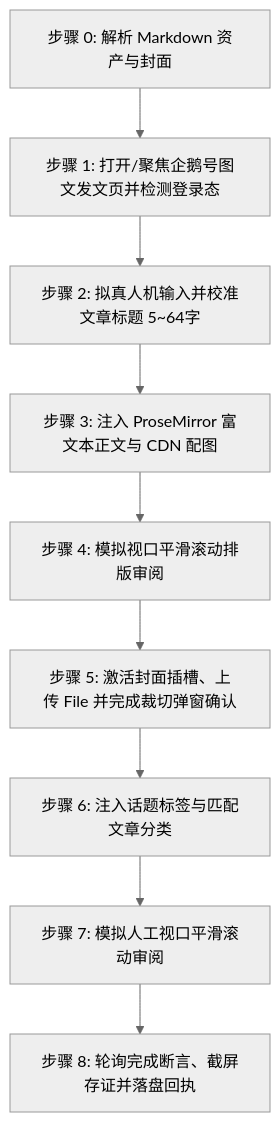
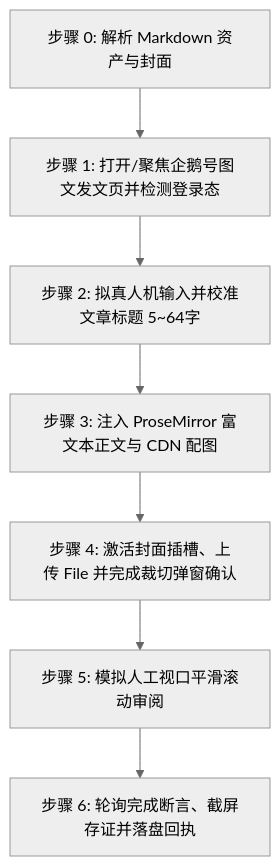
Before and after one commit to undsky/doudou-publish-skills: the diagram in skills/doudou-qiehao/SKILL.md, drawn with Mermaid (neutral theme). The commit also changed other lines of this file and 25 other files, not shown here.

````diff
--- a/skills/doudou-qiehao/SKILL.md
+++ b/skills/doudou-qiehao/SKILL.md
@@ -131,11 +131,9 @@
 ```mermaid
 flowchart TD
     S0[步骤 0: 解析 Markdown 资产与封面] --> S1[步骤 1: 打开/聚焦企鹅号图文发文页并检测登录态]
     S1 --> S2[步骤 2: 拟真人机输入并校准文章标题 5~64字]
     S2 --> S3[步骤 3: 注入 ProseMirror 富文本正文与 CDN 配图]
-    S3 --> S4[步骤 4: 模拟视口平滑滚动排版审阅]
-    S4 --> S5[步骤 5: 激活封面插槽、上传 File 并完成裁切弹窗确认]
-    S5 --> S6[步骤 6: 注入话题标签与匹配文章分类]
-    S6 --> S7[步骤 7: 模拟人工视口平滑滚动审阅]
-    S7 --> S8[步骤 8: 轮询完成断言、截屏存证并落盘回执]
+    S3 --> S4[步骤 4: 激活封面插槽、上传 File 并完成裁切弹窗确认]
+    S4 --> S5[步骤 5: 模拟人工视口平滑滚动审阅]
+    S5 --> S6[步骤 6: 轮询完成断言、截屏存证并落盘回执]
 ```
````
